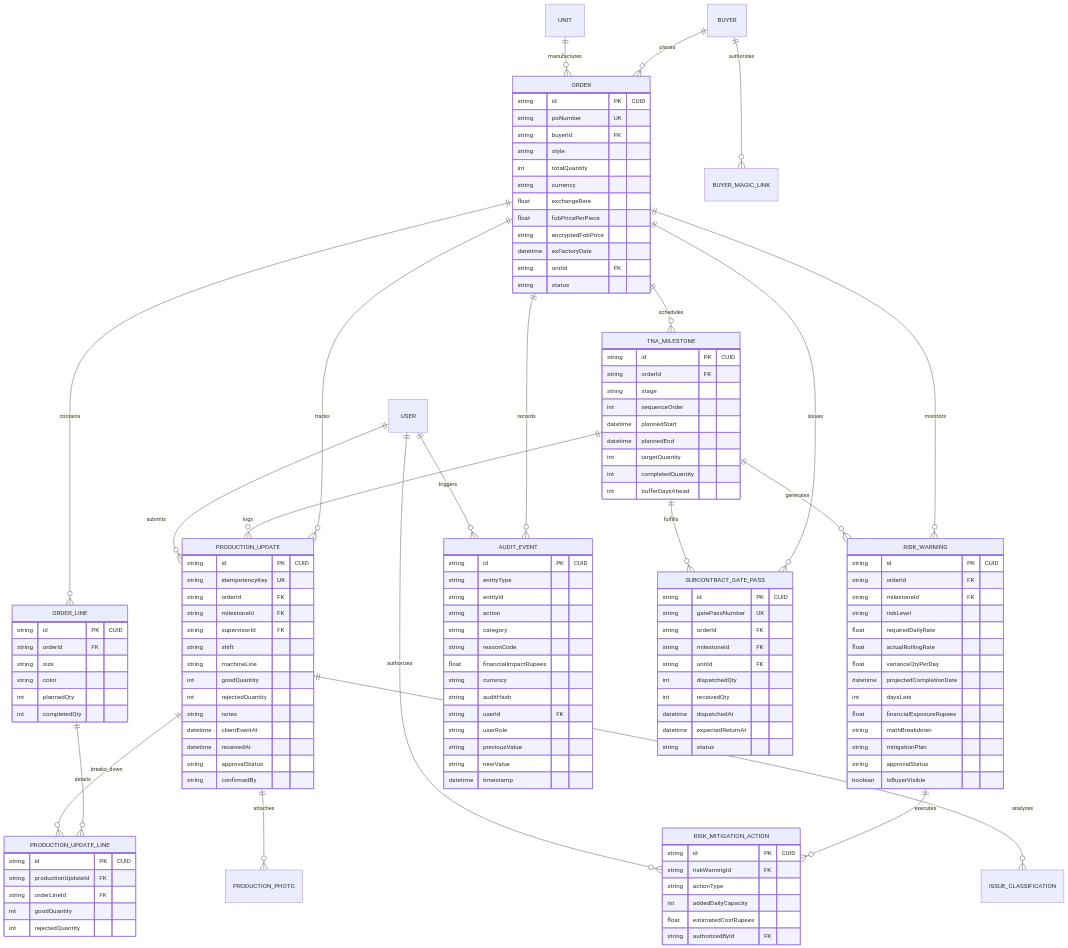
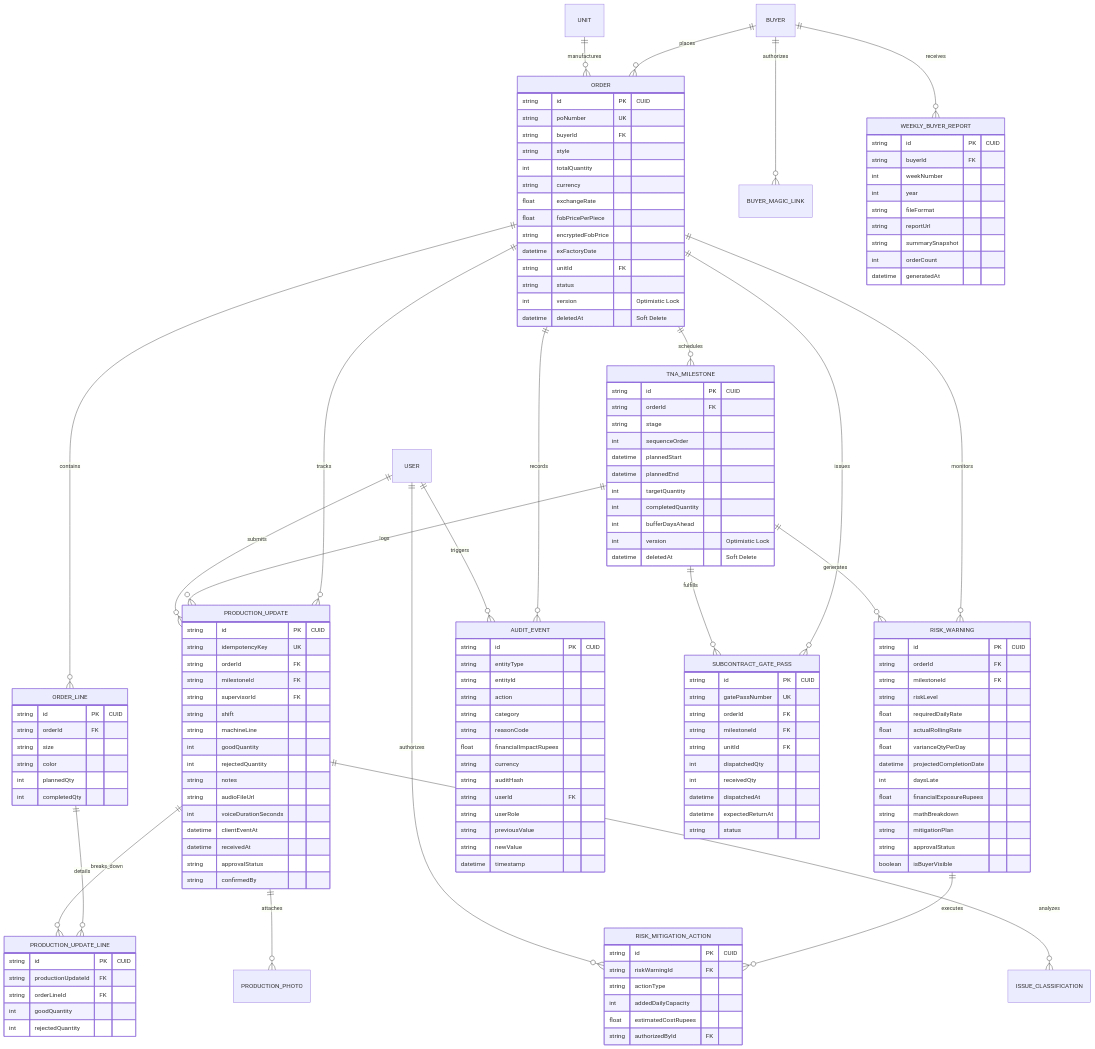
The second of 4 diagrams in TECHNICAL_DESIGN_DOCUMENT.md (AgnivaSardar/ThreadFlow), drawn with Mermaid before and after one commit. The commit also changed 3 other files, not shown here.

First line of the commit message:
feat(schema-perf-integrity): add weekly report snapshots, voice tracking, optimistic locking, and DB check constraints

```diff
--- a/TECHNICAL_DESIGN_DOCUMENT.md
+++ b/TECHNICAL_DESIGN_DOCUMENT.md
@@ -130,6 +130,7 @@
     USER ||--o{ AUDIT_EVENT : triggers
     USER ||--o{ RISK_MITIGATION_ACTION : authorizes
     BUYER ||--o{ BUYER_MAGIC_LINK : authorizes
+    BUYER ||--o{ WEEKLY_BUYER_REPORT : receives
 
     ORDER {
         string id PK "CUID"
@@ -144,6 +145,8 @@
         datetime exFactoryDate
         string unitId FK
         string status
+        int version "Optimistic Lock"
+        datetime deletedAt "Soft Delete"
     }
     ORDER_LINE {
         string id PK "CUID"
@@ -170,6 +173,8 @@
         int targetQuantity
         int completedQuantity
         int bufferDaysAhead
+        int version "Optimistic Lock"
+        datetime deletedAt "Soft Delete"
     }
     PRODUCTION_UPDATE {
         string id PK "CUID"
@@ -182,10 +187,23 @@
         int goodQuantity
         int rejectedQuantity
         string notes
+        string audioFileUrl
+        int voiceDurationSeconds
         datetime clientEventAt
         datetime receivedAt
         string approvalStatus
         string confirmedBy
+    }
+    WEEKLY_BUYER_REPORT {
+        string id PK "CUID"
+        string buyerId FK
+        int weekNumber
+        int year
+        string fileFormat
+        string reportUrl
+        string summarySnapshot
+        int orderCount
+        datetime generatedAt
     }
     RISK_WARNING {
         string id PK "CUID"
```
